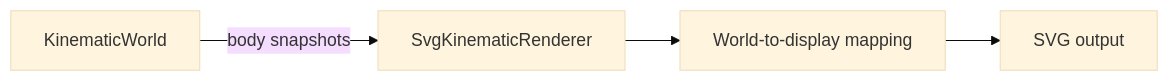
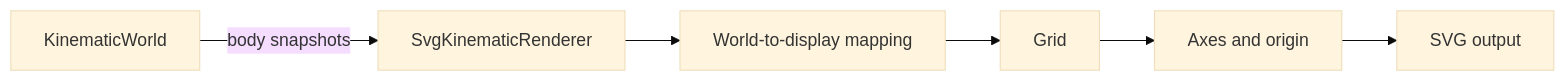
One commit to fa-ribeiro/vLab2D changed the diagram in src/visualization/README.md. Above: the diagram before and after it, drawn with Mermaid (base theme). The commit also changed other lines of this file and 4 other files, not shown here.

````diff
--- a/src/visualization/README.md
+++ b/src/visualization/README.md
@@ -42,6 +54,8 @@
 ```mermaid
 flowchart LR
     W[KinematicWorld] -->|body snapshots| R[SvgKinematicRenderer]
     R --> T[World-to-display mapping]
-    T --> SVG[SVG output]
+    T --> G[Grid]
+    G --> A[Axes and origin]
+    A --> SVG[SVG output]
 ```
````
